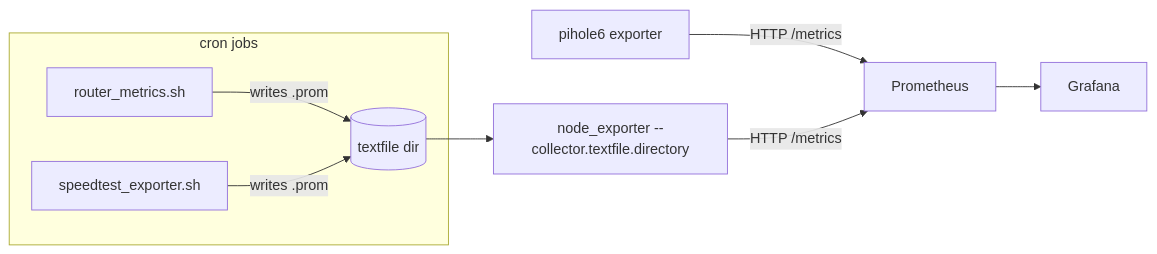
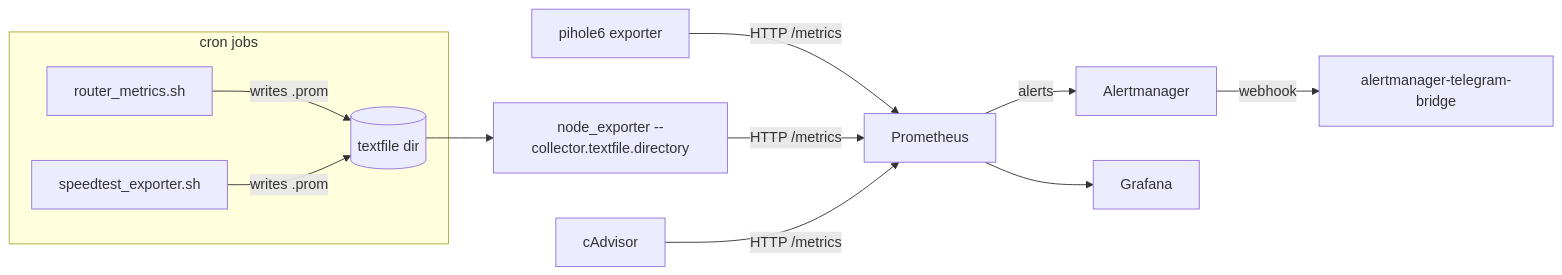
One commit to bibigon14/homelab-observability changed the diagram in README.md. Above: the diagram before and after it, drawn with Mermaid. The commit also changed other lines of this file, not shown here.

Commit message:
docs: document alerting/alerts.yml and update architecture diagram

````diff
--- a/README.md
+++ b/README.md
@@ -41,11 +47,14 @@
 ```mermaid
 flowchart LR
     subgraph cron jobs
         R[router_metrics.sh] -->|writes .prom| TF[(textfile dir)]
         S[speedtest_exporter.sh] -->|writes .prom| TF
     end
     TF --> NE[node_exporter --collector.textfile.directory]
     PH[pihole6 exporter] -->|HTTP /metrics| Prom[Prometheus]
     NE -->|HTTP /metrics| Prom
+    CA[cAdvisor] -->|HTTP /metrics| Prom
+    Prom -->|alerts| AM[Alertmanager]
+    AM -->|webhook| Bridge[alertmanager-telegram-bridge]
     Prom --> Graf[Grafana]
 ```
````
